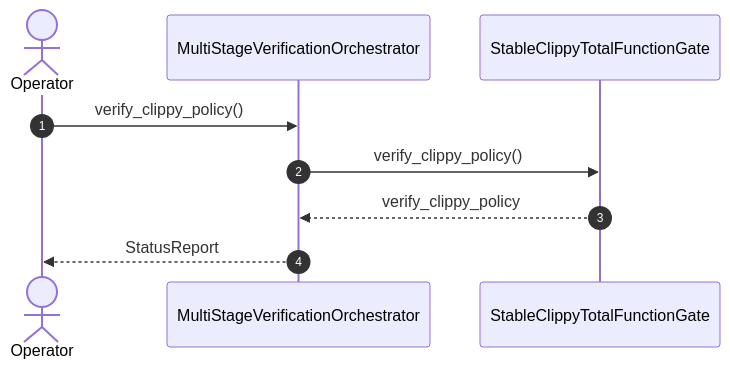
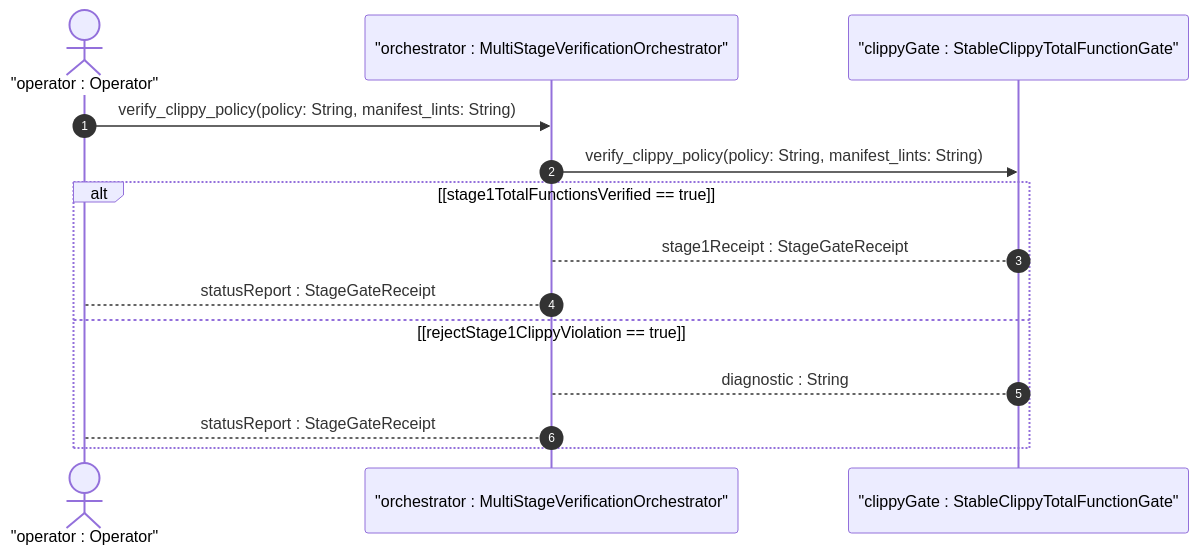
One commit to gintatkinson/DEAP01-spec-core changed the first of 2 diagrams in .pipeline/upstream/docs/user-stories/US-60-verify_clippy_policy.md. Above: the diagram before and after it, drawn with Mermaid. The commit also changed other lines of this file and 225 other files, not shown here.

````diff
--- a/.pipeline/upstream/docs/user-stories/US-60-verify_clippy_policy.md
+++ b/.pipeline/upstream/docs/user-stories/US-60-verify_clippy_policy.md
@@ -37,11 +38,16 @@
 ```mermaid
 sequenceDiagram
     autonumber
-    actor Operator
-    participant MultiStageVerificationOrchestrator
-    participant StableClippyTotalFunctionGate
-    Operator->>MultiStageVerificationOrchestrator: verify_clippy_policy()
-    MultiStageVerificationOrchestrator->>StableClippyTotalFunctionGate: verify_clippy_policy()
-    StableClippyTotalFunctionGate-->>MultiStageVerificationOrchestrator: verify_clippy_policy
-    MultiStageVerificationOrchestrator-->>Operator: StatusReport
+    actor Operator as "operator : Operator"
+    participant MultiStageVerificationOrchestrator as "orchestrator : MultiStageVerificationOrchestrator"
+    participant StableClippyTotalFunctionGate as "clippyGate : StableClippyTotalFunctionGate"
+    Operator->>MultiStageVerificationOrchestrator: verify_clippy_policy(policy: String, manifest_lints: String)
+    MultiStageVerificationOrchestrator->>StableClippyTotalFunctionGate: verify_clippy_policy(policy: String, manifest_lints: String)
+    alt [stage1TotalFunctionsVerified == true]
+        StableClippyTotalFunctionGate-->MultiStageVerificationOrchestrator: stage1Receipt : StageGateReceipt
+        MultiStageVerificationOrchestrator-->Operator: statusReport : StageGateReceipt
+    else [rejectStage1ClippyViolation == true]
+        StableClippyTotalFunctionGate-->MultiStageVerificationOrchestrator: diagnostic : String
+        MultiStageVerificationOrchestrator-->Operator: statusReport : StageGateReceipt
+    end
 ```
````
